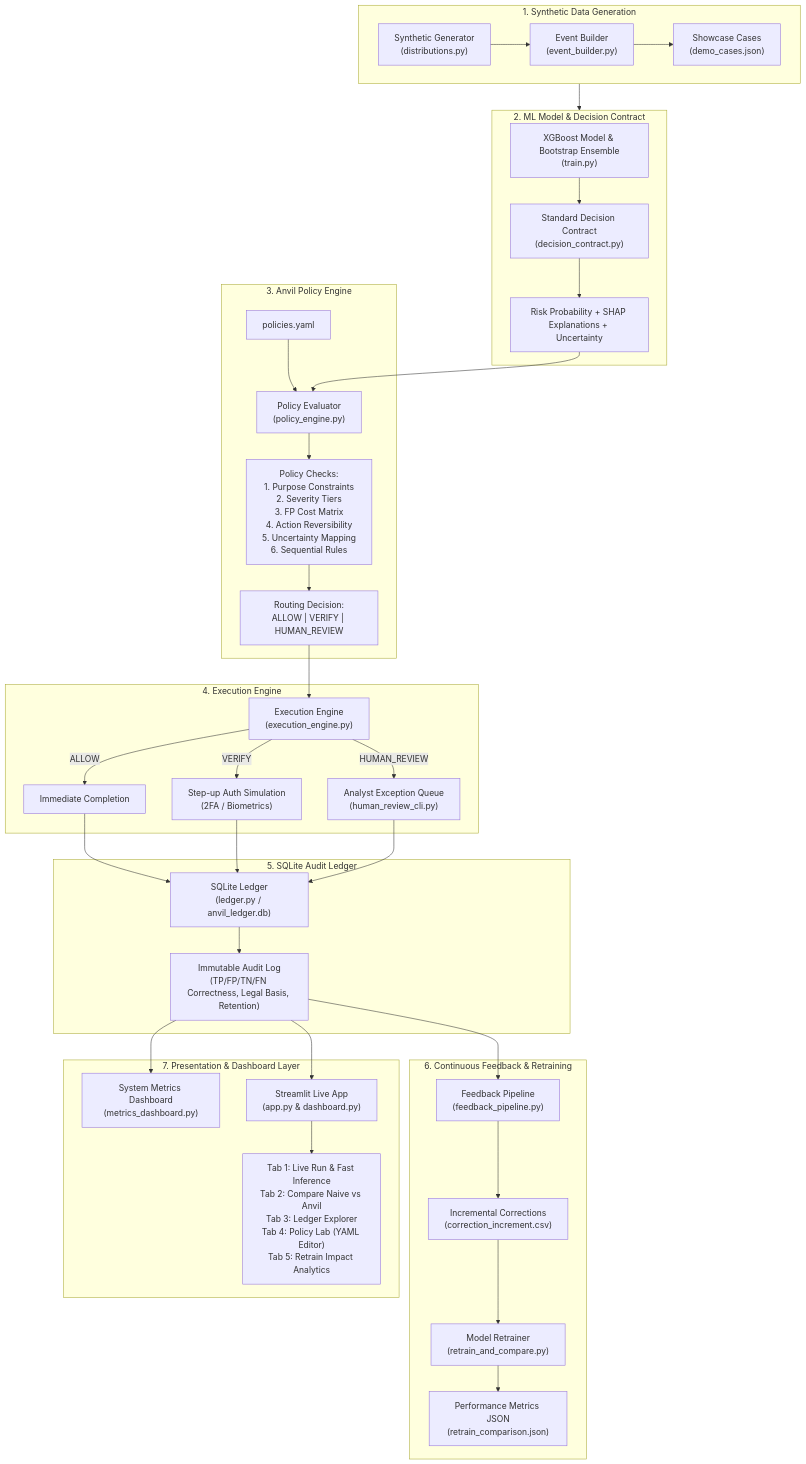
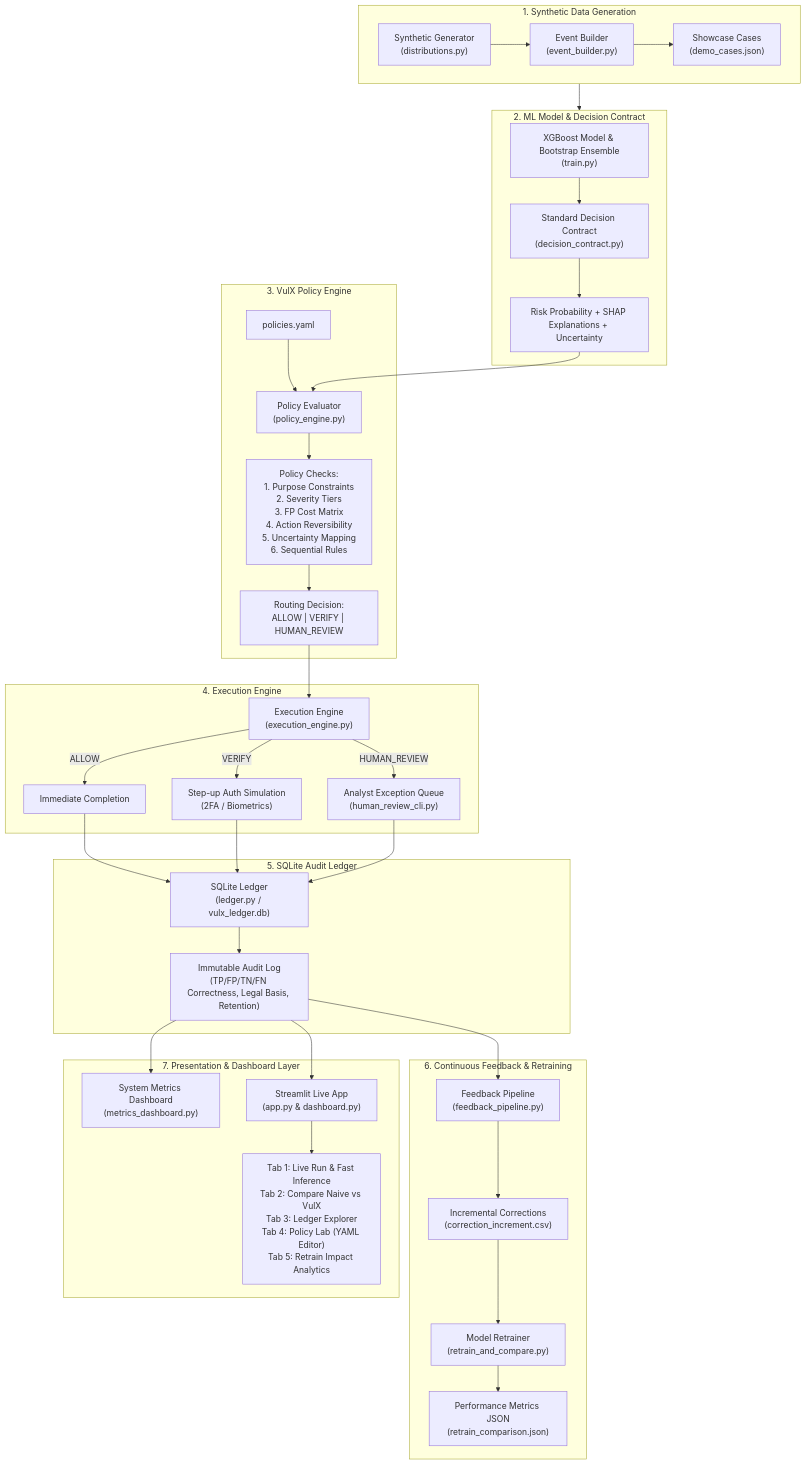
One commit to Swathi-88/VulX changed the diagram in WORKFLOW_AND_ARCHITECTURE.md. Above: the diagram before and after it, drawn with Mermaid. The commit also changed other lines of this file and 48 other files, not shown here.

````diff
--- a/WORKFLOW_AND_ARCHITECTURE.md
+++ b/WORKFLOW_AND_ARCHITECTURE.md
@@ -39,48 +39,48 @@
 ```mermaid
 flowchart TD
     subgraph DataGen ["1. Synthetic Data Generation"]
         A1["Synthetic Generator<br/>(distributions.py)"] --> A2["Event Builder<br/>(event_builder.py)"]
         A2 --> A3["Showcase Cases<br/>(demo_cases.json)"]
     end
 
     subgraph MLModel ["2. ML Model & Decision Contract"]
         B1["XGBoost Model & Bootstrap Ensemble<br/>(train.py)"] --> B2["Standard Decision Contract<br/>(decision_contract.py)"]
         B2 --> B3["Risk Probability + SHAP Explanations + Uncertainty"]
     end
 
-    subgraph PolicyEng ["3. Anvil Policy Engine"]
+    subgraph PolicyEng ["3. VulX Policy Engine"]
         C1["policies.yaml"] --> C2["Policy Evaluator<br/>(policy_engine.py)"]
         B3 --> C2
         C2 --> C3["Policy Checks:<br/>1. Purpose Constraints<br/>2. Severity Tiers<br/>3. FP Cost Matrix<br/>4. Action Reversibility<br/>5. Uncertainty Mapping<br/>6. Sequential Rules"]
         C3 --> C4["Routing Decision:<br/>ALLOW | VERIFY | HUMAN_REVIEW"]
     end
 
     subgraph ExecEngine ["4. Execution Engine"]
         C4 --> D1["Execution Engine<br/>(execution_engine.py)"]
         D1 -->|ALLOW| D2["Immediate Completion"]
         D1 -->|VERIFY| D3["Step-up Auth Simulation<br/>(2FA / Biometrics)"]
         D1 -->|HUMAN_REVIEW| D4["Analyst Exception Queue<br/>(human_review_cli.py)"]
     end
 
     subgraph LedgerAudit ["5. SQLite Audit Ledger"]
-        D2 --> E1["SQLite Ledger<br/>(ledger.py / anvil_ledger.db)"]
+        D2 --> E1["SQLite Ledger<br/>(ledger.py / vulx_ledger.db)"]
         D3 --> E1
         D4 --> E1
         E1 --> E2["Immutable Audit Log<br/>(TP/FP/TN/FN Correctness, Legal Basis, Retention)"]
     end
 
     subgraph FeedbackRetrain ["6. Continuous Feedback & Retraining"]
         E2 --> F1["Feedback Pipeline<br/>(feedback_pipeline.py)"]
         F1 --> F2["Incremental Corrections<br/>(correction_increment.csv)"]
         F2 --> F3["Model Retrainer<br/>(retrain_and_compare.py)"]
         F3 --> F4["Performance Metrics JSON<br/>(retrain_comparison.json)"]
     end
 
     subgraph Presentation ["7. Presentation & Dashboard Layer"]
         E2 --> G1["System Metrics Dashboard<br/>(metrics_dashboard.py)"]
         E2 --> G2["Streamlit Live App<br/>(app.py & dashboard.py)"]
-        G2 --> G3["Tab 1: Live Run & Fast Inference<br/>Tab 2: Compare Naive vs Anvil<br/>Tab 3: Ledger Explorer<br/>Tab 4: Policy Lab (YAML Editor)<br/>Tab 5: Retrain Impact Analytics"]
+        G2 --> G3["Tab 1: Live Run & Fast Inference<br/>Tab 2: Compare Naive vs VulX<br/>Tab 3: Ledger Explorer<br/>Tab 4: Policy Lab (YAML Editor)<br/>Tab 5: Retrain Impact Analytics"]
     end
 
     DataGen --> MLModel
 ```
````
